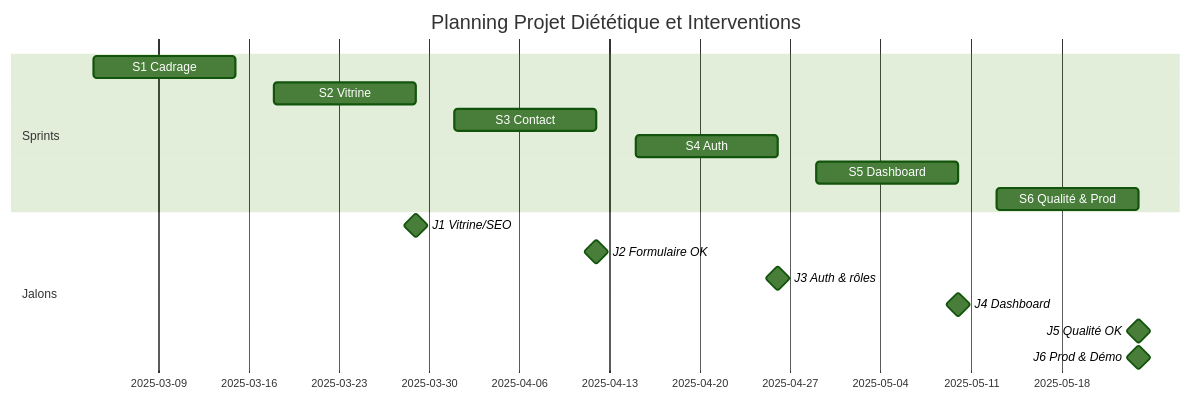
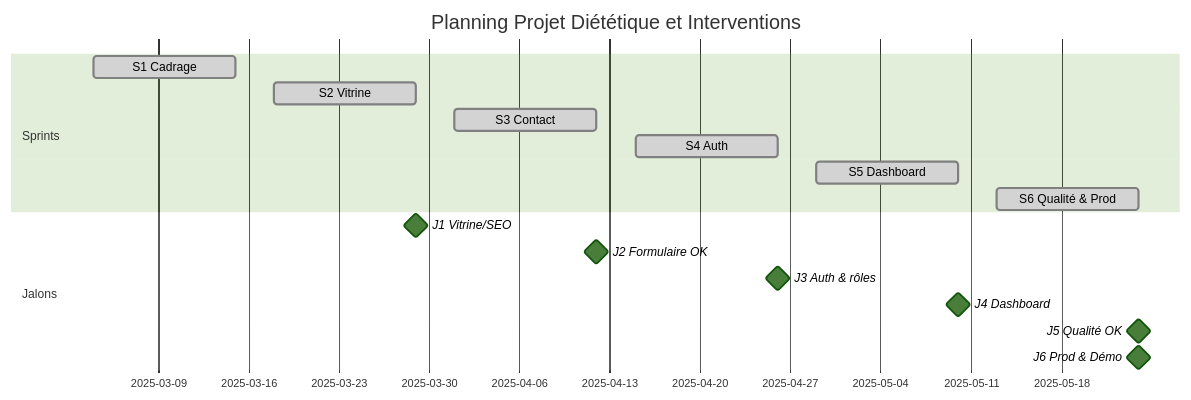
Before and after one commit to Adrien490/bloc-3: the first of 3 diagrams in slides.md, drawn with Mermaid (forest theme). The commit also changed other lines of this file, not shown here.

````diff
--- a/slides.md
+++ b/slides.md
@@ -345,19 +235,19 @@
 ```mermaid
 gantt
     title Planning Projet Diététique et Interventions
     dateFormat  YYYY-MM-DD
     section Sprints
-    S1 Cadrage           :s1, 2025-03-04, 2025-03-15
-    S2 Vitrine           :s2, 2025-03-18, 2025-03-29
-    S3 Contact           :s3, 2025-04-01, 2025-04-12
-    S4 Auth              :s4, 2025-04-15, 2025-04-26
-    S5 Dashboard         :s5, 2025-04-29, 2025-05-10
-    S6 Qualité & Prod    :s6, 2025-05-13, 2025-05-24
+    S1 Cadrage           :done, s1, 2025-03-04, 2025-03-15
+    S2 Vitrine           :done, s2, 2025-03-18, 2025-03-29
+    S3 Contact           :done, s3, 2025-04-01, 2025-04-12
+    S4 Auth              :done, s4, 2025-04-15, 2025-04-26
+    S5 Dashboard         :done, s5, 2025-04-29, 2025-05-10
+    S6 Qualité & Prod    :done, s6, 2025-05-13, 2025-05-24
     section Jalons
     J1 Vitrine/SEO       :milestone, j1, 2025-03-29, 0d
     J2 Formulaire OK     :milestone, j2, 2025-04-12, 0d
     J3 Auth & rôles      :milestone, j3, 2025-04-26, 0d
     J4 Dashboard         :milestone, j4, 2025-05-10, 0d
     J5 Qualité OK        :milestone, j5, 2025-05-24, 0d
     J6 Prod & Démo       :milestone, j6, 2025-05-24, 0d
 ```
````
